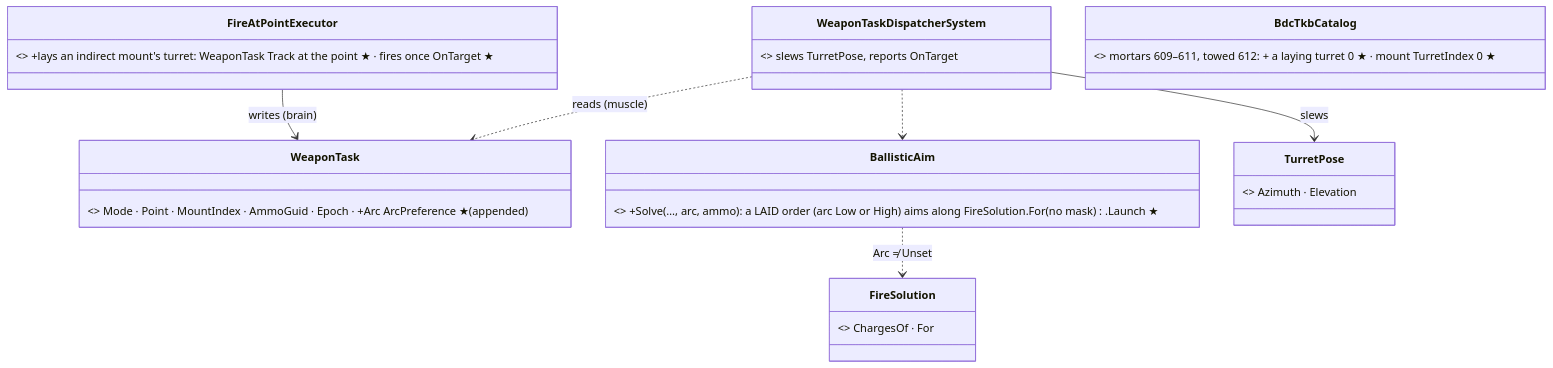
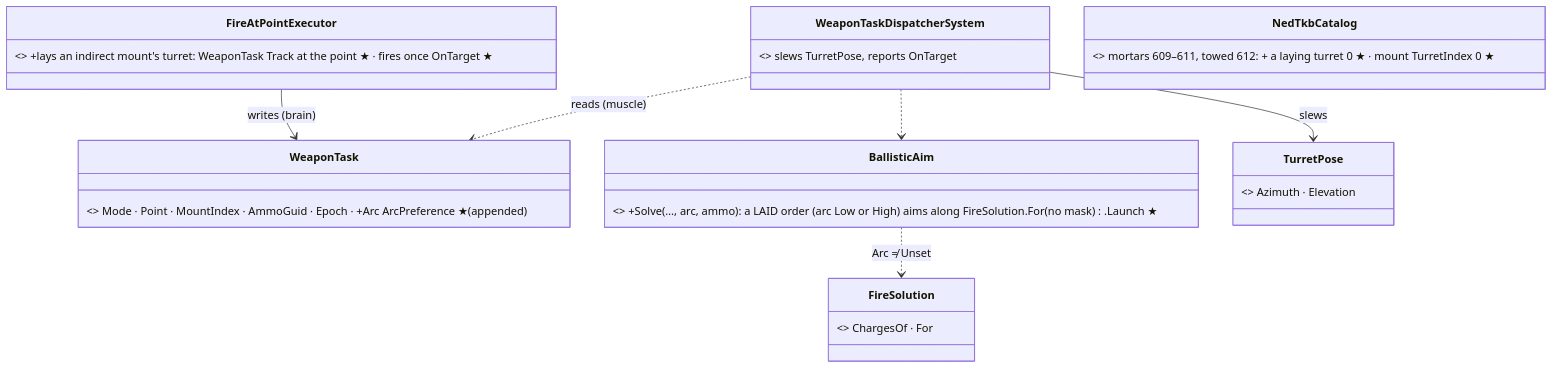
One commit to pjanec/HROT changed the sixth of 9 diagrams in docs/designs/indirect-fire/DESIGN_Indirect_Fire.md. Above: the diagram before and after it, drawn with Mermaid. The commit also changed 137 other files, not shown here.

First line of the commit message:
R-4095 / CE-4077: remove the BDC network stack — Hrot.Network.BDC(+Tests), the runner's --network option, BDC wire rows and docs; the four TKB files take their NedTkb names

````diff
--- a/docs/designs/indirect-fire/DESIGN_Indirect_Fire.md
+++ b/docs/designs/indirect-fire/DESIGN_Indirect_Fire.md
@@ -332,15 +332,15 @@
 ```mermaid
 classDiagram
   class FireAtPointExecutor { <<existing, grows>> +lays an indirect mount's turret: WeaponTask Track at the point ★ · fires once OnTarget ★ }
   class WeaponTask { <<existing, dtWeaponTask, grows>> Mode · Point · MountIndex · AmmoGuid · Epoch · +Arc ArcPreference ★ (appended) }
   class WeaponTaskDispatcherSystem { <<existing muscle>> slews TurretPose, reports OnTarget }
   class BallisticAim { <<existing, grows>> +Solve(…, arc, ammo): a LAID order (arc Low or High) aims along FireSolution.For(no mask).Launch ★ }
   class FireSolution { <<IF-1>> ChargesOf · For }
   class TurretPose { <<existing, dtTurretPose>> Azimuth · Elevation }
-  class BdcTkbCatalog { <<existing>> mortars 609–611, towed 612: + a laying turret 0 ★ · mount TurretIndex 0 ★ }
+  class NedTkbCatalog { <<existing>> mortars 609–611, towed 612: + a laying turret 0 ★ · mount TurretIndex 0 ★ }
   FireAtPointExecutor --> WeaponTask : writes (brain)
   WeaponTaskDispatcherSystem ..> WeaponTask : reads (muscle)
   WeaponTaskDispatcherSystem ..> BallisticAim
   BallisticAim ..> FireSolution : Arc ≠ Unset
   WeaponTaskDispatcherSystem --> TurretPose : slews
 ```
````
